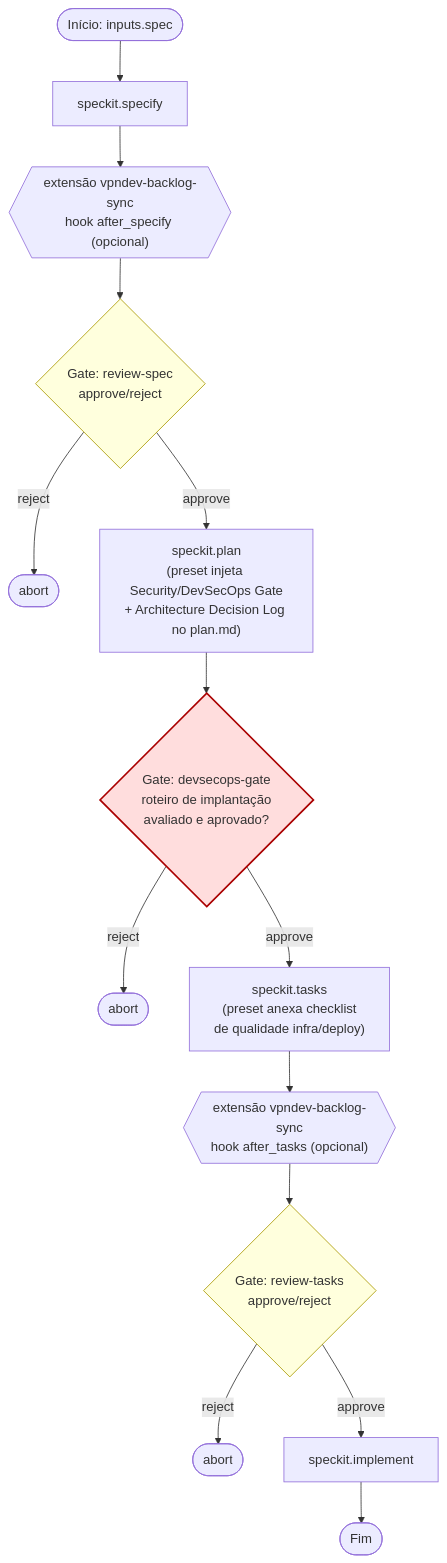
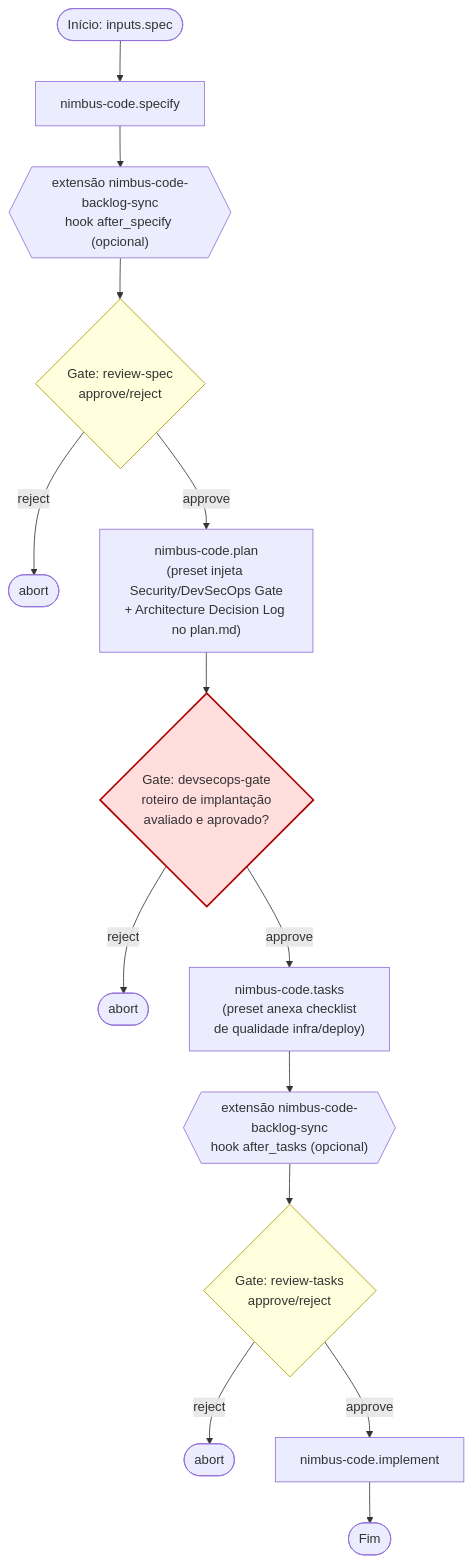
Before and after one commit to lrodriguesvpn/nimbus-code: the third of 5 diagrams in docs/bundle-architecture.md, drawn with Mermaid. The commit also changed other lines of this file and 91 other files, not shown here.

Commit message:
feat!: rename vpndev → Nimbus-Code, remove User Story, branch only on implement (preset v1.7.0, workflow v1.3.0)

````diff
--- a/docs/bundle-architecture.md
+++ b/docs/bundle-architecture.md
@@ -80,20 +80,20 @@
 ```mermaid
 flowchart TD
-    START(["Início: inputs.spec"]) --> SPECIFY["speckit.specify"]
-    SPECIFY --> HOOK1{{"extensão vpndev-backlog-sync\nhook after_specify (opcional)"}}
+    START(["Início: inputs.spec"]) --> SPECIFY["nimbus-code.specify"]
+    SPECIFY --> HOOK1{{"extensão nimbus-code-backlog-sync\nhook after_specify (opcional)"}}
     HOOK1 --> GATE1{"Gate: review-spec\napprove/reject"}
     GATE1 -- reject --> ABORT1(["abort"])
-    GATE1 -- approve --> PLAN["speckit.plan\n(preset injeta Security/DevSecOps Gate\n+ Architecture Decision Log no plan.md)"]
+    GATE1 -- approve --> PLAN["nimbus-code.plan\n(preset injeta Security/DevSecOps Gate\n+ Architecture Decision Log no plan.md)"]
     PLAN --> GATE2{"Gate: devsecops-gate\nroteiro de implantação\navaliado e aprovado?"}
     GATE2 -- reject --> ABORT2(["abort"])
-    GATE2 -- approve --> TASKS["speckit.tasks\n(preset anexa checklist\nde qualidade infra/deploy)"]
-    TASKS --> HOOK2{{"extensão vpndev-backlog-sync\nhook after_tasks (opcional)"}}
+    GATE2 -- approve --> TASKS["nimbus-code.tasks\n(preset anexa checklist\nde qualidade infra/deploy)"]
+    TASKS --> HOOK2{{"extensão nimbus-code-backlog-sync\nhook after_tasks (opcional)"}}
     HOOK2 --> GATE3{"Gate: review-tasks\napprove/reject"}
     GATE3 -- reject --> ABORT3(["abort"])
-    GATE3 -- approve --> IMPLEMENT["speckit.implement"]
+    GATE3 -- approve --> IMPLEMENT["nimbus-code.implement"]
     IMPLEMENT --> END(["Fim"])
 
     style GATE1 fill:#ffd,stroke:#a90
     style GATE2 fill:#fdd,stroke:#a00,stroke-width:2px
     style GATE3 fill:#ffd,stroke:#a90
 ```
````
